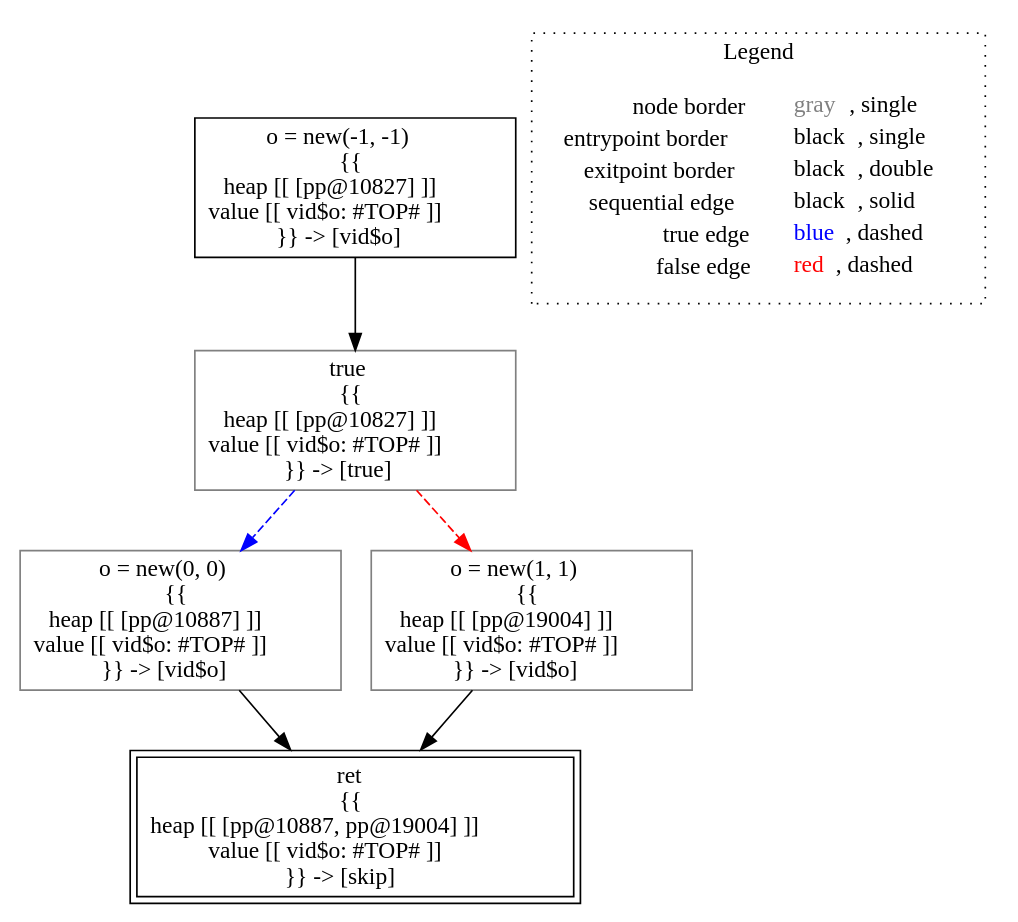
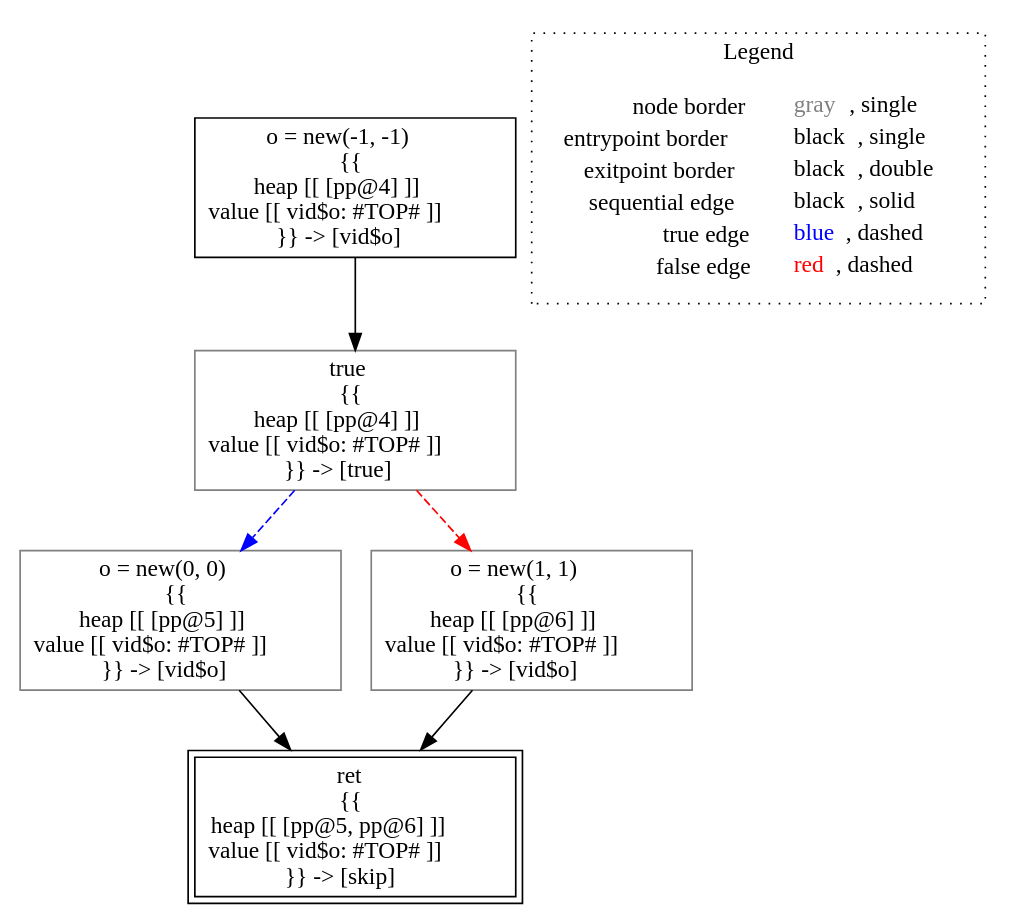
The diagram in lisa/imp-testcases/heap/point-based-heap/field-sensitive/analysis___untyped_A.f2().dot (lisa-analyzer/lisa), drawn with Graphviz before and after one commit. The commit also changed 14 other files, not shown here.

```diff
--- a/lisa/imp-testcases/heap/point-based-heap/field-sensitive/analysis___untyped_A.f2().dot
+++ b/lisa/imp-testcases/heap/point-based-heap/field-sensitive/analysis___untyped_A.f2().dot
@@ -1,19 +1,19 @@
 digraph {
-	"node0" [shape="rect",color="black",label=<o = new(-1, -1)<BR/>{{<BR/>heap [[ [pp@10827] ]]<BR/>value [[ vid$o: #TOP# ]]<BR/>}} -&gt; [vid$o]>];
-	"node1" [shape="rect",color="gray",label=<o = new(0, 0)<BR/>{{<BR/>heap [[ [pp@10887] ]]<BR/>value [[ vid$o: #TOP# ]]<BR/>}} -&gt; [vid$o]>];
-	"node2" [shape="rect",color="gray",label=<o = new(1, 1)<BR/>{{<BR/>heap [[ [pp@19004] ]]<BR/>value [[ vid$o: #TOP# ]]<BR/>}} -&gt; [vid$o]>];
-	"node3" [shape="rect",color="gray",label=<true<BR/>{{<BR/>heap [[ [pp@10827] ]]<BR/>value [[ vid$o: #TOP# ]]<BR/>}} -&gt; [true]>];
-	"node4" [shape="rect",color="black",peripheries="2",label=<ret<BR/>{{<BR/>heap [[ [pp@10887, pp@19004] ]]<BR/>value [[ vid$o: #TOP# ]]<BR/>}} -&gt; [skip]>];
+	"node0" [shape="rect",color="black",label=<o = new(-1, -1)<BR/>{{<BR/>heap [[ [pp@4] ]]<BR/>value [[ vid$o: #TOP# ]]<BR/>}} -&gt; [vid$o]>];
+	"node1" [shape="rect",color="gray",label=<o = new(0, 0)<BR/>{{<BR/>heap [[ [pp@5] ]]<BR/>value [[ vid$o: #TOP# ]]<BR/>}} -&gt; [vid$o]>];
+	"node2" [shape="rect",color="gray",label=<o = new(1, 1)<BR/>{{<BR/>heap [[ [pp@6] ]]<BR/>value [[ vid$o: #TOP# ]]<BR/>}} -&gt; [vid$o]>];
+	"node3" [shape="rect",color="gray",label=<true<BR/>{{<BR/>heap [[ [pp@4] ]]<BR/>value [[ vid$o: #TOP# ]]<BR/>}} -&gt; [true]>];
+	"node4" [shape="rect",color="black",peripheries="2",label=<ret<BR/>{{<BR/>heap [[ [pp@5, pp@6] ]]<BR/>value [[ vid$o: #TOP# ]]<BR/>}} -&gt; [skip]>];
 	"node1" -> "node4" [color="black"];
 	"node0" -> "node3" [color="black"];
 	"node2" -> "node4" [color="black"];
 	"node3" -> "node1" [color="blue",style="dashed"];
 	"node3" -> "node2" [color="red",style="dashed"];
 subgraph cluster_legend {
 	label="Legend";
 	style=dotted;
 	node [shape=plaintext];
 	"legend" [label=<<table border="0" cellpadding="2" cellspacing="0" cellborder="0"><tr><td align="right">node border&nbsp;</td><td align="left"><font color="gray">gray</font>, single</td></tr><tr><td align="right">entrypoint border&nbsp;</td><td align="left"><font color="black">black</font>, single</td></tr><tr><td align="right">exitpoint border&nbsp;</td><td align="left"><font color="black">black</font>, double</td></tr><tr><td align="right">sequential edge&nbsp;</td><td align="left"><font color="black">black</font>, solid</td></tr><tr><td align="right">true edge&nbsp;</td><td align="left"><font color="blue">blue</font>, dashed</td></tr><tr><td align="right">false edge&nbsp;</td><td align="left"><font color="red">red</font>, dashed</td></tr></table>>];
 }
 
 }
```
